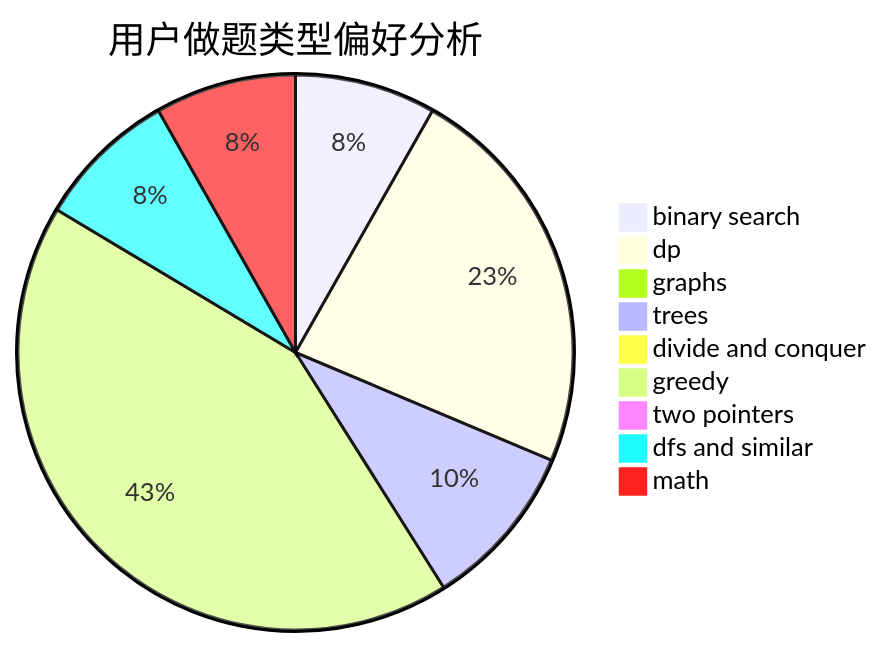
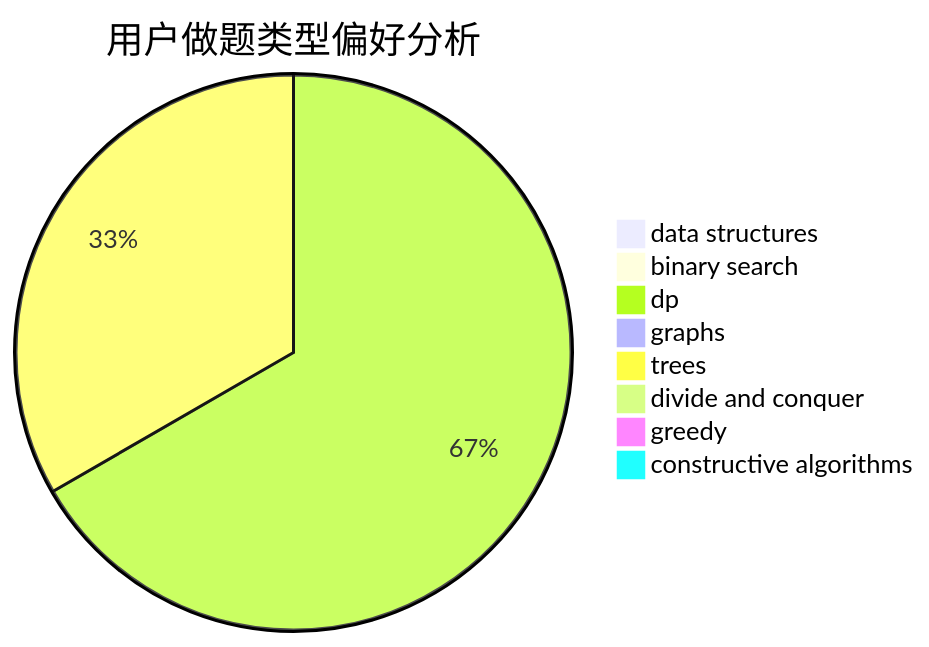
The second of 3 diagrams in docs/user/u148.md (sherpahu/cfrs.github.io), drawn with Mermaid before and after one commit. The commit also changed other lines of this file and 2775 other files, not shown here.

````diff
--- a/docs/user/u148.md
+++ b/docs/user/u148.md
@@ -23,12 +23,11 @@
 ```mermaid
 pie title 用户做题类型偏好分析
-    "binary search" :  11
-    "dp" :  31
+    "data structures" :  0
+    "binary search" :  0
+    "dp" :  4
     "graphs" :  0
-    "trees" :  13
+    "trees" :  2
     "divide and conquer" :  0
-    "greedy" :  57
-    "two pointers" :  0
-    "dfs and similar" :  11
-    "math" :  11
+    "greedy" :  0
+    "constructive algorithms" :  0
 ```
````
